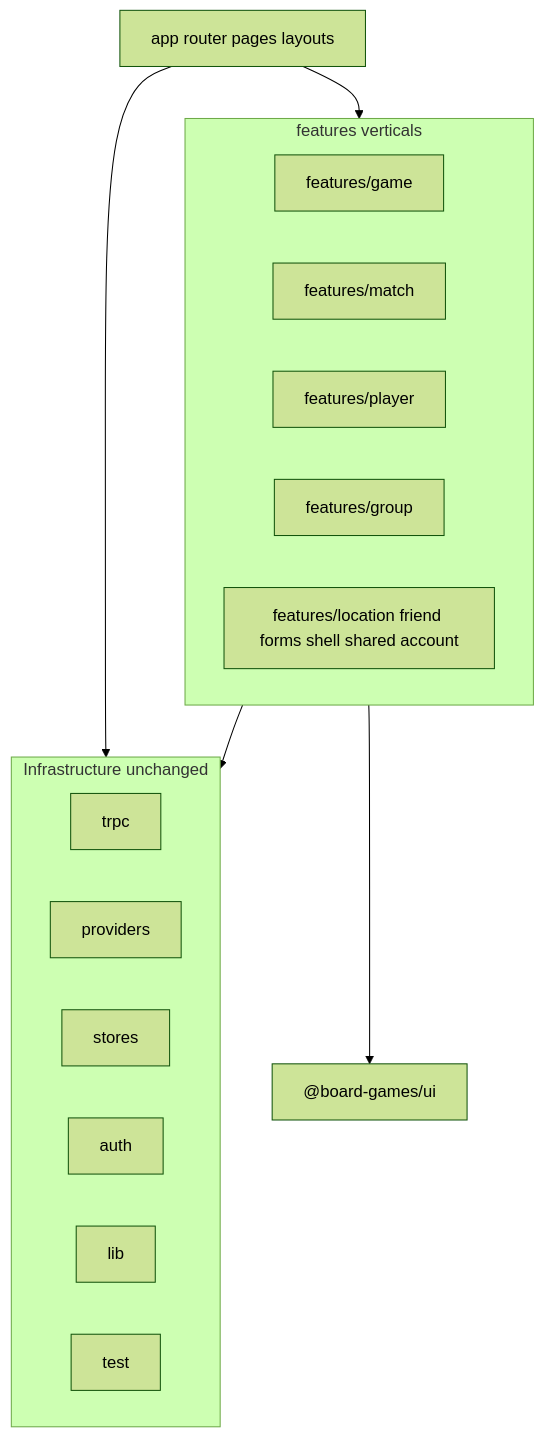
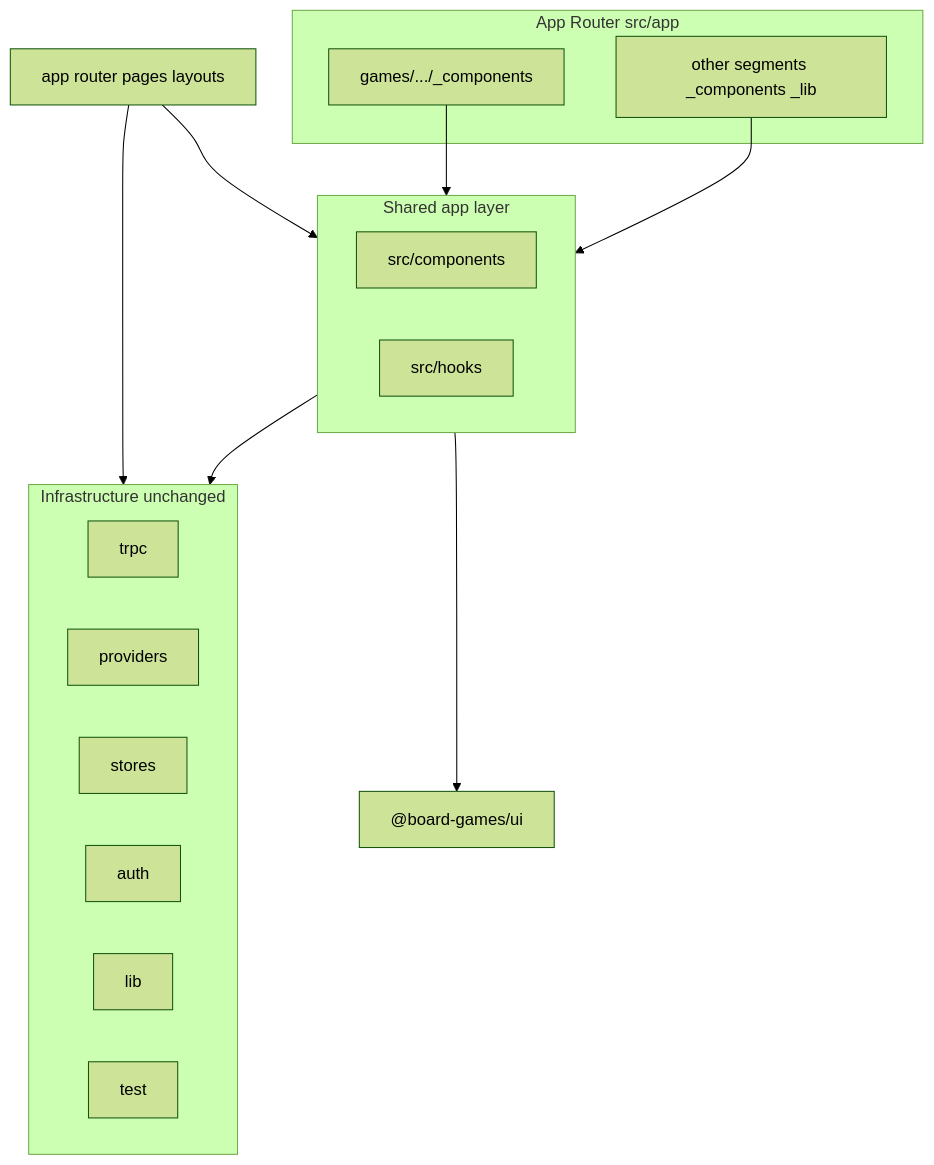
Before and after one commit to Gravender/boardgames: the diagram in .cursor/plans/web_vertical_restructure_0596f2bd.plan.md, drawn with Mermaid (forest theme). The commit also changed other lines of this file and 4 other files, not shown here.

````diff
--- a/.cursor/plans/web_vertical_restructure_0596f2bd.plan.md
+++ b/.cursor/plans/web_vertical_restructure_0596f2bd.plan.md
@@ -59,23 +66,26 @@
 ```mermaid
 flowchart TB
   subgraph infra [Infrastructure unchanged]
     trpc[trpc]
     providers[providers]
     stores[stores]
     auth[auth]
     lib[lib]
     test[test]
   end
-  subgraph features [features verticals]
-    game[features/game]
-    match[features/match]
-    player[features/player]
-    group[features/group]
-    other[features/location friend forms shell shared account]
+  subgraph shared [Shared app layer]
+    components[src/components]
+    hooks[src/hooks]
   end
-  app[app router pages layouts]
-  app --> features
-  app --> infra
-  features --> infra
-  features --> packages_ui["@board-games/ui"]
+  subgraph app [App Router src/app]
+    games_r[games/.../_components]
+    other_r[other segments _components _lib]
+  end
+  app_router[app router pages layouts]
+  app_router --> shared
+  app_router --> infra
+  shared --> infra
+  shared --> packages_ui["@board-games/ui"]
+  games_r --> shared
+  other_r --> shared
 ```
````
